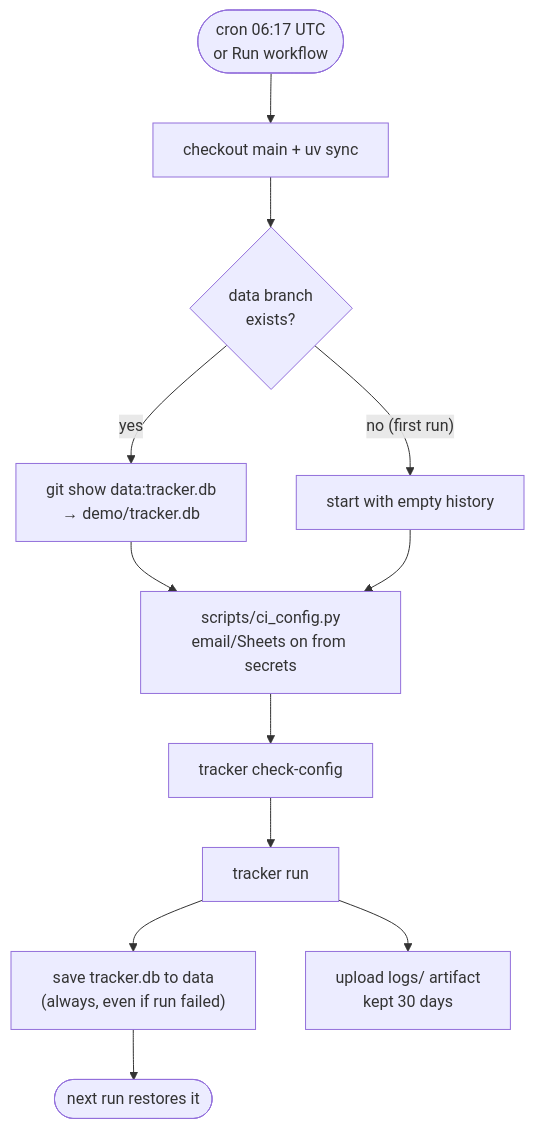
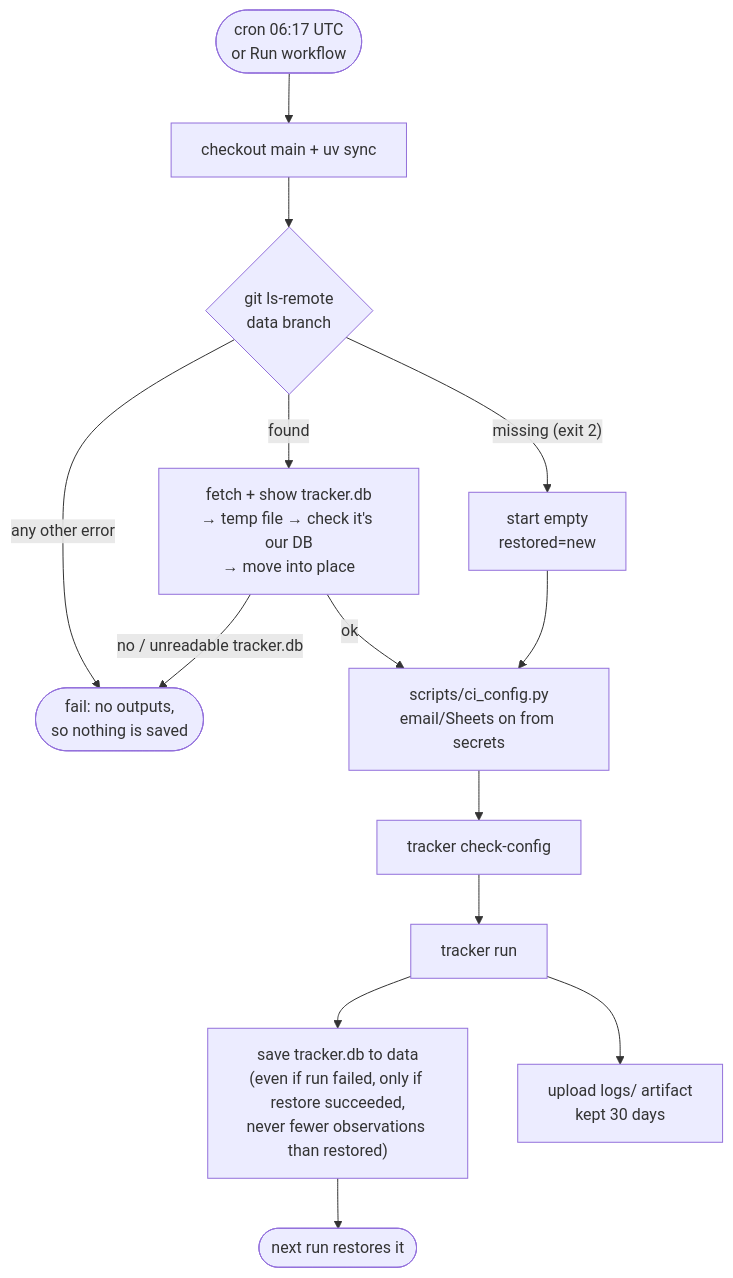
One commit to yahani/kestrel changed the ninth of 11 diagrams in ARCHITECTURE.md. Above: the diagram before and after it, drawn with Mermaid. The commit also changed other lines of this file and 1 other file, not shown here.

Commit message:
ARCHITECTURE.md: safe data-branch restore and private recipients

````diff
--- a/ARCHITECTURE.md
+++ b/ARCHITECTURE.md
@@ -371,13 +371,16 @@
 ```mermaid
 flowchart TD
     trigger(["cron 06:17 UTC<br/>or Run workflow"]) --> checkout[checkout main + uv sync]
-    checkout --> restore{data branch<br/>exists?}
-    restore -- yes --> copy["git show data:tracker.db<br/>→ demo/tracker.db"]
-    restore -- "no (first run)" --> empty[start with empty history]
-    copy & empty --> build["scripts/ci_config.py<br/>email/Sheets on from secrets"]
+    checkout --> restore{"git ls-remote<br/>data branch"}
+    restore -- "missing (exit 2)" --> empty["start empty<br/>restored=new"]
+    restore -- found --> copy["fetch + show tracker.db<br/>→ temp file → check it's our DB<br/>→ move into place"]
+    restore -- "any other error" --> stop(["fail: no outputs,<br/>so nothing is saved"])
+    copy -- "no / unreadable tracker.db" --> stop
+    copy -- ok --> build
+    empty --> build["scripts/ci_config.py<br/>email/Sheets on from secrets"]
     build --> check[tracker check-config]
     check --> run[tracker run]
-    run --> save["save tracker.db to data<br/>(always, even if run failed)"]
+    run --> save["save tracker.db to data<br/>(even if run failed, only if restore succeeded,<br/>never fewer observations than restored)"]
     run --> logs["upload logs/ artifact<br/>kept 30 days"]
     save --> done([next run restores it])
 ```
````
